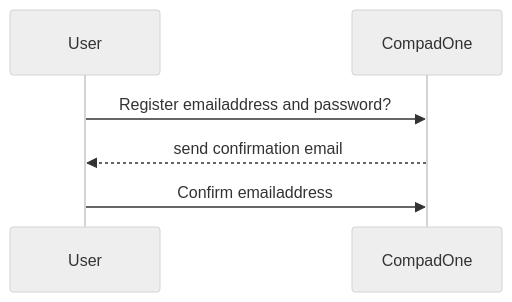
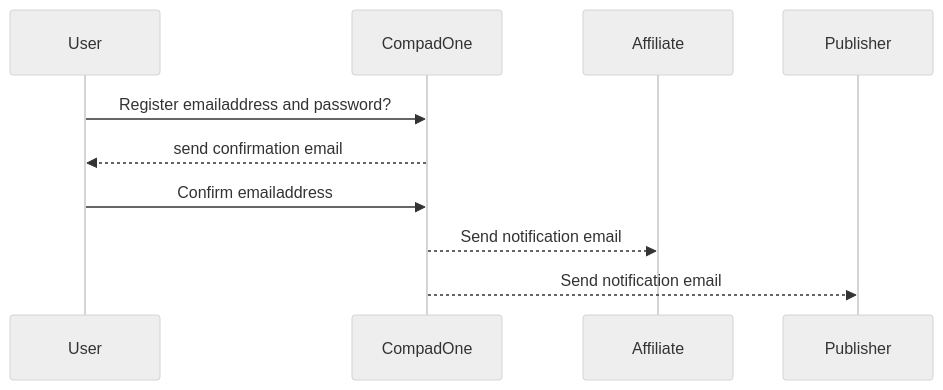
The first of 2 diagrams in en/development/authentication/api/register.md (compadsoftware/CompadOne-Docs), drawn with Mermaid (neutral theme) before and after one commit. The commit also changed other lines of this file, not shown here.

````diff
--- a/en/development/authentication/api/register.md
+++ b/en/development/authentication/api/register.md
@@ -6,6 +6,8 @@
 ```mermaid
 sequenceDiagram
     User->>CompadOne: Register emailaddress and password?
     CompadOne-->>User: send confirmation email
     User->>CompadOne: Confirm emailaddress
+    CompadOne -->> Affiliate: Send notification email
+    CompadOne -->> Publisher: Send notification email
 ```
````
